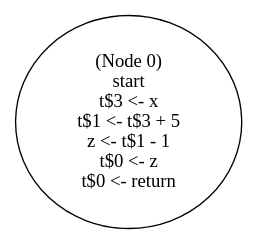
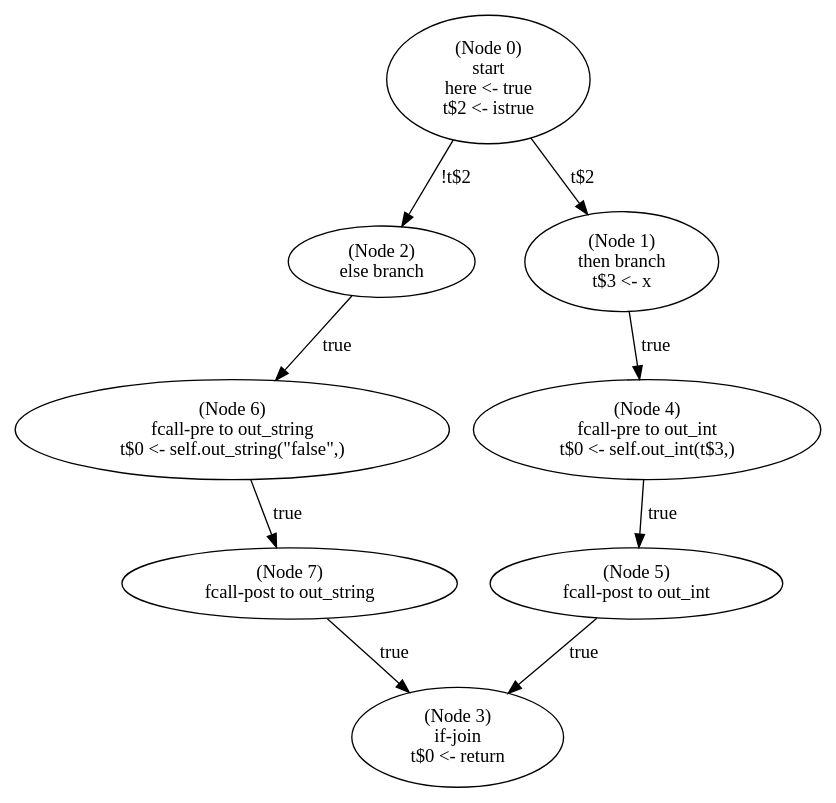
Before and after one commit to Steven-Alvarado/COOL-Code-Generator: the diagram in PA3c2/main_post.dot, drawn with Graphviz. The commit also changed 175 other files, not shown here.

```diff
--- a/PA3c2/main_post.dot
+++ b/PA3c2/main_post.dot
@@ -1,3 +1,18 @@
 digraph main_post {
-  n0 [label="(Node 0)\nstart\nt$3 <- x\nt$1 <- t$3 + 5\nz <- t$1 - 1\nt$0 <- z\nt$0 <- return\n"];
+  n0 [label="(Node 0)\nstart\nhere <- true\nt$2 <- istrue\n"];
+ n0 -> n2 [label="!t$2"];
+ n0 -> n1 [label="t$2"];
+  n1 [label="(Node 1)\nthen branch\nt$3 <- x\n"];
+ n1 -> n4 [label="true"];
+  n2 [label="(Node 2)\nelse branch\n"];
+ n2 -> n6 [label="true"];
+  n3 [label="(Node 3)\nif-join\nt$0 <- return\n"];
+  n4 [label="(Node 4)\nfcall-pre to out_int\nt$0 <- self.out_int(t$3,)\n"];
+ n4 -> n5 [label="true"];
+  n5 [label="(Node 5)\nfcall-post to out_int\n"];
+ n5 -> n3 [label="true"];
+  n6 [label="(Node 6)\nfcall-pre to out_string\nt$0 <- self.out_string(\"false\",)\n"];
+ n6 -> n7 [label="true"];
+  n7 [label="(Node 7)\nfcall-post to out_string\n"];
+ n7 -> n3 [label="true"];
 }
```
